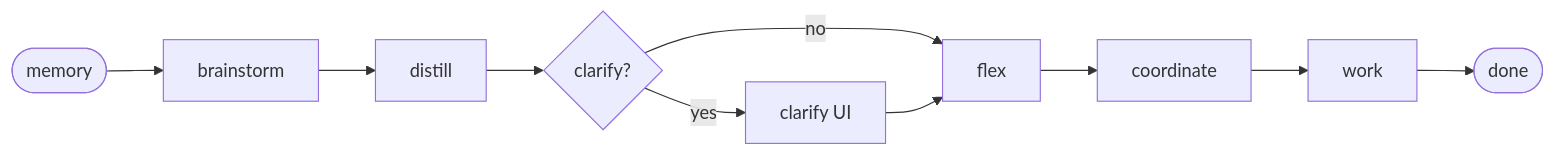
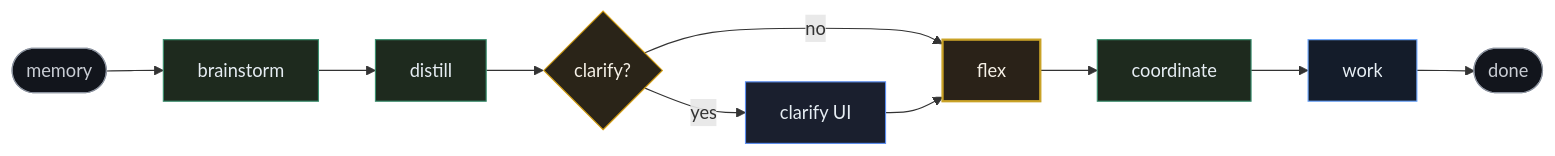
Before and after one commit to landjunge/gnom-hub-v1: the third of 7 diagrams in docs/ARCHITECTURE.md, drawn with Mermaid. The commit also changed other lines of this file and 3 other files, not shown here.

First line of the commit message:
docs: deepen Mermaid styling classes (shared palette)

````diff
--- a/docs/ARCHITECTURE.md
+++ b/docs/ARCHITECTURE.md
@@ -114,10 +113,19 @@
 ```mermaid
 flowchart LR
-  memory([memory]) --> brainstorm
-  brainstorm --> distill
-  distill --> clarify{clarify?}
-  clarify -->|yes| clarify_ui[clarify UI]
-  clarify -->|no| flex
+  memory([memory]):::terminal --> brainstorm:::core
+  brainstorm --> distill:::core
+  distill --> clarify{clarify?}:::gate
+  clarify -->|yes| clarify_ui[clarify UI]:::ui
+  clarify -->|no| flex:::locked
   clarify_ui --> flex
-  flex --> coordinate --> work --> done([done])
+  flex --> coordinate:::core
+  coordinate --> work:::work
+  work --> done([done]):::terminal
+
+  classDef ui fill:#1a1f2e,stroke:#5b8def,color:#e6edf3,stroke-width:1px
+  classDef core fill:#1e2a1e,stroke:#3a8f6e,color:#e6edf3,stroke-width:1px
+  classDef locked fill:#2a2218,stroke:#c9a227,color:#f5f0e6,stroke-width:2px
+  classDef work fill:#141c2a,stroke:#6ea8fe,color:#e6edf3,stroke-width:1px
+  classDef gate fill:#2a2418,stroke:#d4a017,color:#f5f0e6,stroke-width:1px
+  classDef terminal fill:#12151c,stroke:#8b929e,color:#c9cdd4,stroke-width:1px
 ```
````
